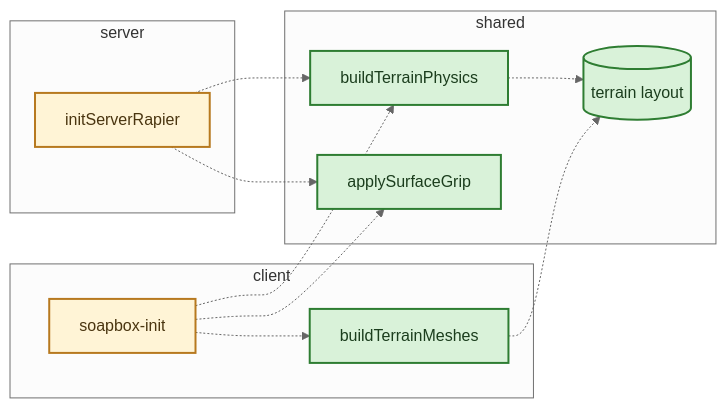
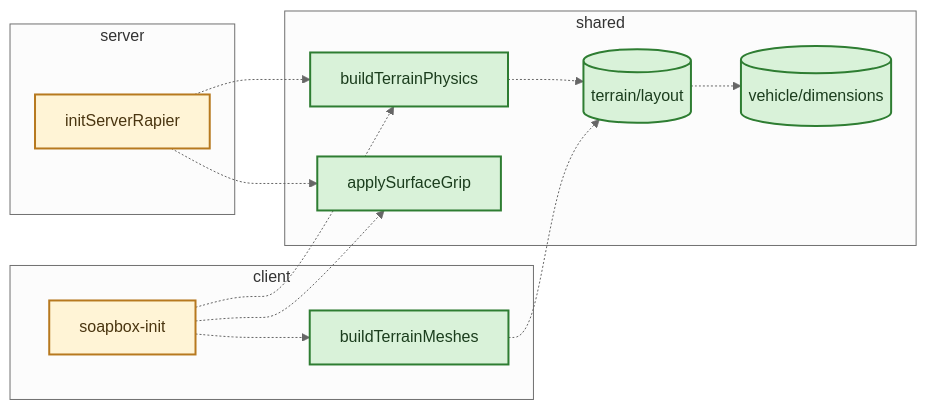
The first of 2 diagrams in notes/plans/terrain.md (ChaDonSom/game-loop), drawn with Mermaid (neutral theme) before and after one commit. The commit also changed other lines of this file and 1 other file, not shown here.

First line of the commit message:
Terrain plan rev 2: car-scaled sizes, version check, tuning prep

````diff
--- a/notes/plans/terrain.md
+++ b/notes/plans/terrain.md
@@ -19,27 +25,29 @@
 ```mermaid
 flowchart LR
   subgraph shared
-    layout[(terrain layout)]
+    layout[(terrain/layout)]
+    dims[(vehicle/dimensions)]
     physics[buildTerrainPhysics]
     grip[applySurfaceGrip]
   end
   subgraph server
     srv[initServerRapier]
   end
   subgraph client
     init[soapbox-init]
     meshes[buildTerrainMeshes]
   end
   srv -.-> physics
   srv -.-> grip
   init -.-> physics
   init -.-> grip
   init -.-> meshes
   physics -.-> layout
   meshes -.-> layout
-  class layout,physics,grip,meshes new
+  layout -.-> dims
+  class layout,dims,physics,grip,meshes new
   class srv,init changed
   classDef new fill:#d9f2d9,stroke:#2e7d32,stroke-width:2px,color:#1b3d1d
   classDef changed fill:#fff4d6,stroke:#b7791f,stroke-width:2px,color:#4a3510
   classDef existing fill:#eeeeee,stroke:#9e9e9e,color:#616161
 ```
````
